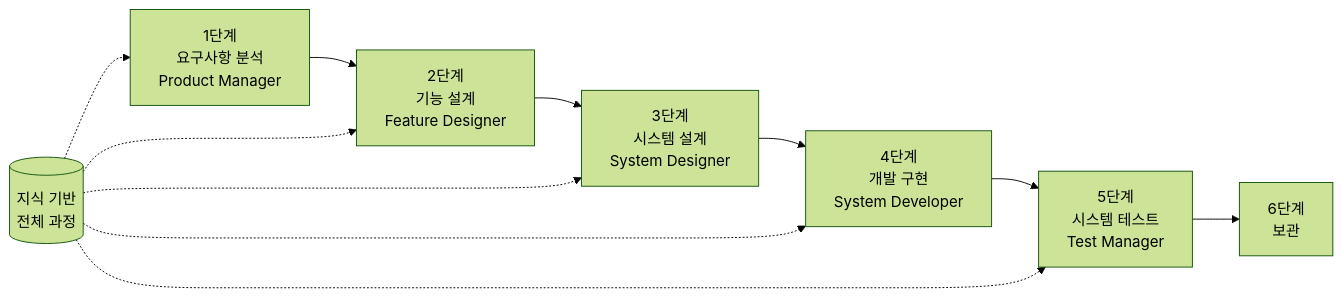
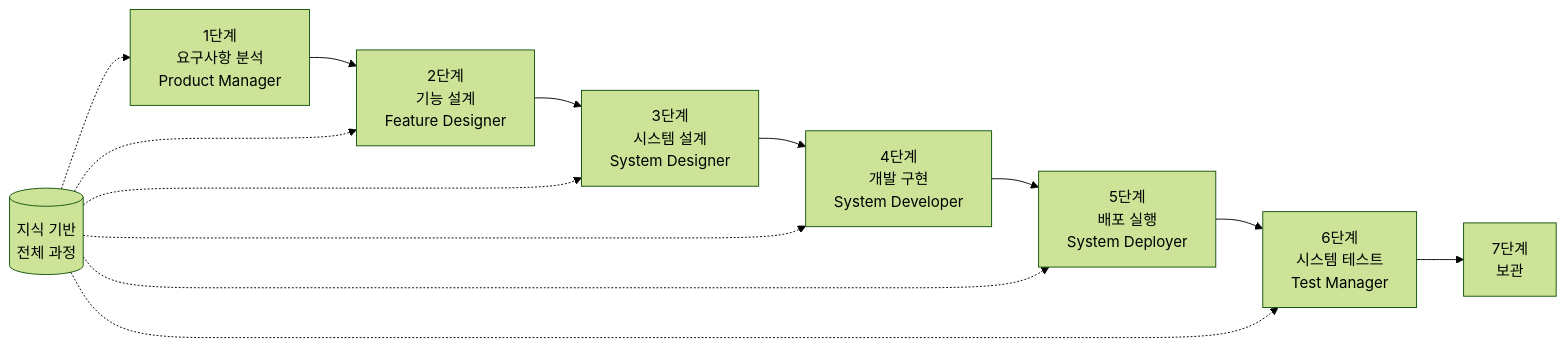
Before and after one commit to charlesmu99/speccrew: the diagram in docs/GETTING-STARTED.ko.md, drawn with Mermaid (forest theme). The commit also changed other lines of this file and 35 other files, not shown here.

````diff
--- a/docs/GETTING-STARTED.ko.md
+++ b/docs/GETTING-STARTED.ko.md
@@ -144,14 +144,16 @@
 ```mermaid
 flowchart LR
     PRD[1단계<br/>요구사항 분석<br/>Product Manager] --> FD[2단계<br/>기능 설계<br/>Feature Designer]
     FD --> SD[3단계<br/>시스템 설계<br/>System Designer]
     SD --> DEV[4단계<br/>개발 구현<br/>System Developer]
-    DEV --> TEST[5단계<br/>시스템 테스트<br/>Test Manager]
-    TEST --> ARCHIVE[6단계<br/>보관]
+    DEV --> DEPLOY[5단계<br/>배포 실행<br/>System Deployer]
+    DEPLOY --> TEST[6단계<br/>시스템 테스트<br/>Test Manager]
+    TEST --> ARCHIVE[7단계<br/>보관]
     
     KB[(지식 기반<br/>전체 과정)] -.-> PRD
     KB -.-> FD
     KB -.-> SD
     KB -.-> DEV
+    KB -.-> DEPLOY
     KB -.-> TEST
 ```
````
